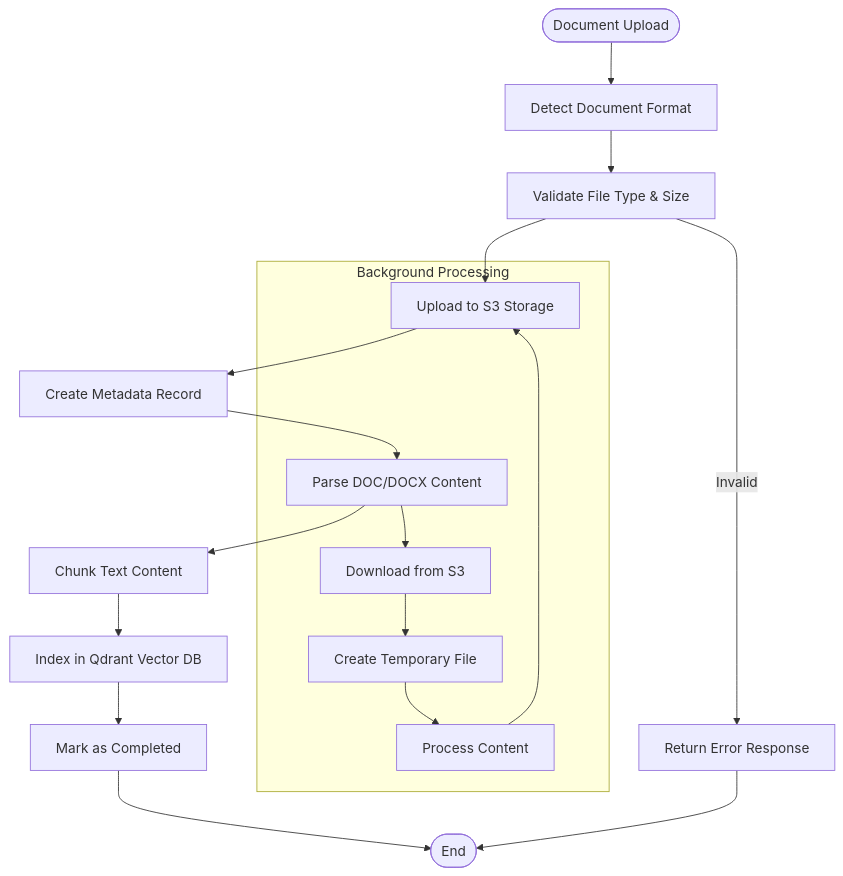
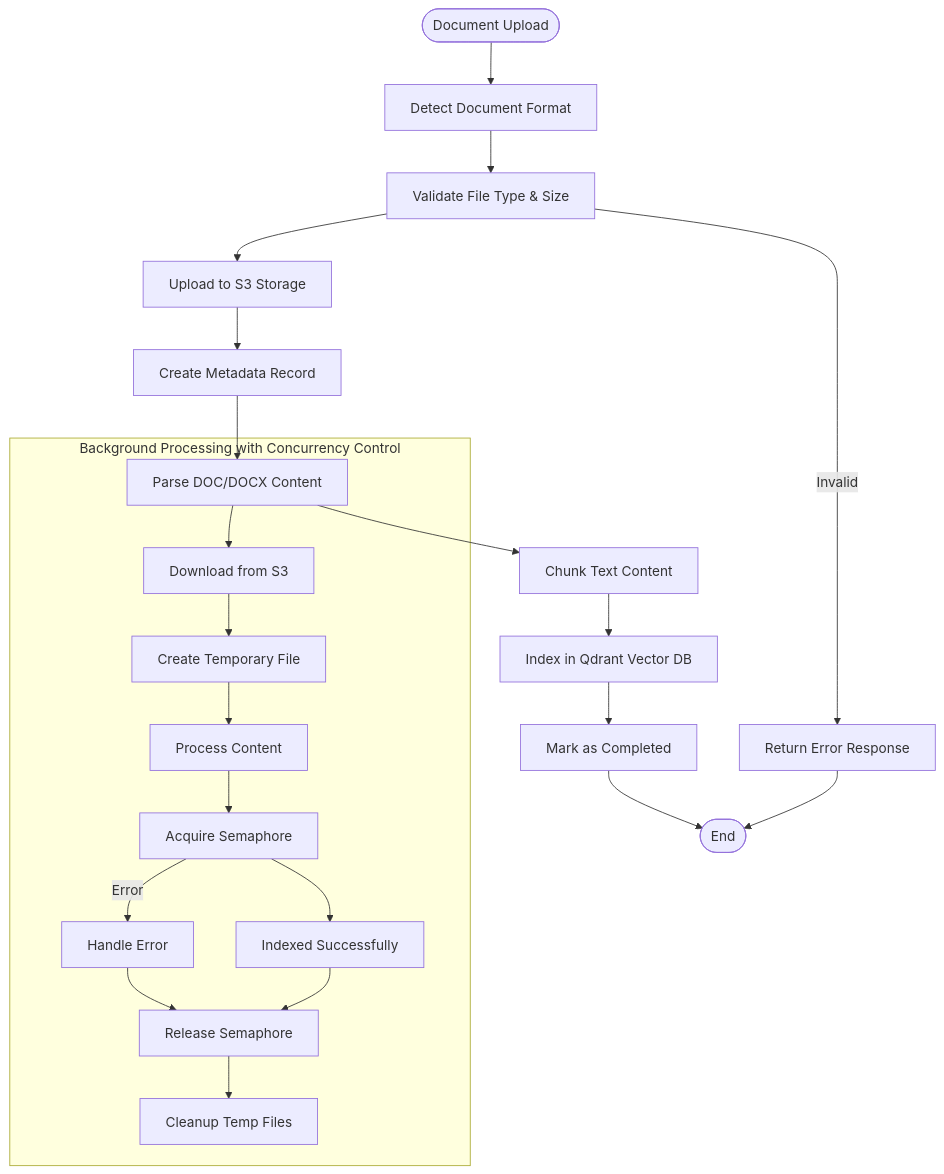
The fourth of 20 diagrams in .qoder/repowiki/en/content/Document Management System.md (ognelis/cafetera_hr_bot), drawn with Mermaid before and after one commit. The commit also changed other lines of this file and 7 other files, not shown here.

````diff
--- a/.qoder/repowiki/en/content/Document Management System.md
+++ b/.qoder/repowiki/en/content/Document Management System.md
@@ -254,20 +265,25 @@
 ```mermaid
 flowchart TD
 Start([Document Upload]) --> DetectFormat[Detect Document Format]
 DetectFormat --> Validate[Validate File Type & Size]
 Validate --> Upload[Upload to S3 Storage]
 Upload --> CreateMeta[Create Metadata Record]
 CreateMeta --> Parse[Parse DOC/DOCX Content]
 Parse --> Chunk[Chunk Text Content]
 Chunk --> Index[Index in Qdrant Vector DB]
 Index --> Complete[Mark as Completed]
 Validate --> |Invalid| Error[Return Error Response]
 Error --> End([End])
 Complete --> End
-subgraph "Background Processing"
+subgraph "Background Processing with Concurrency Control"
 Parse --> Download[Download from S3]
 Download --> TempFile[Create Temporary File]
 TempFile --> Process[Process Content]
-Process --> Upload
+Process --> Semaphore[Acquire Semaphore]
+Semaphore --> Indexed[Indexed Successfully]
+Semaphore --> |Error| Failed[Handle Error]
+Indexed --> Release[Release Semaphore]
+Failed --> Release
+Release --> Cleanup[Cleanup Temp Files]
 end
 ```
````
